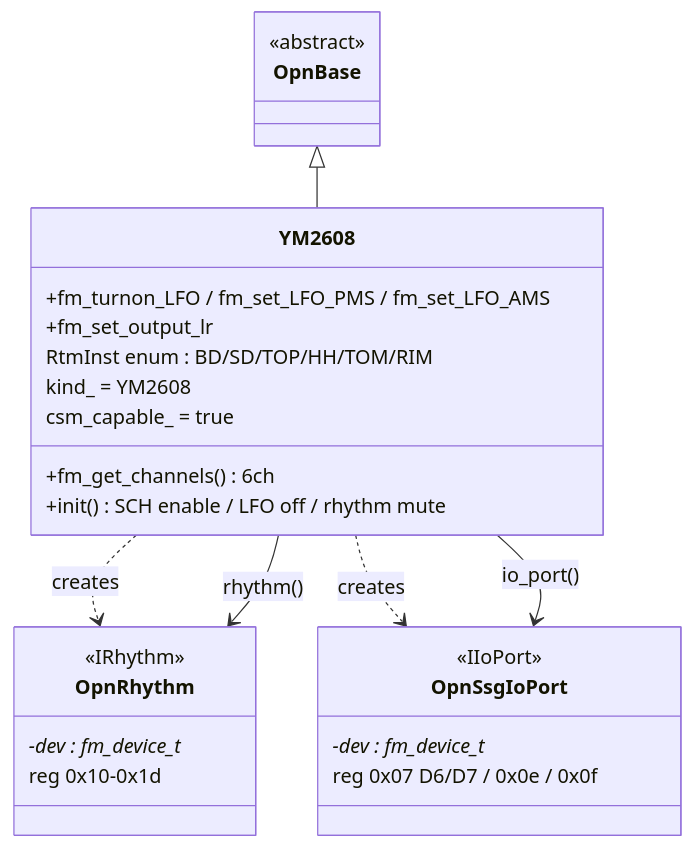
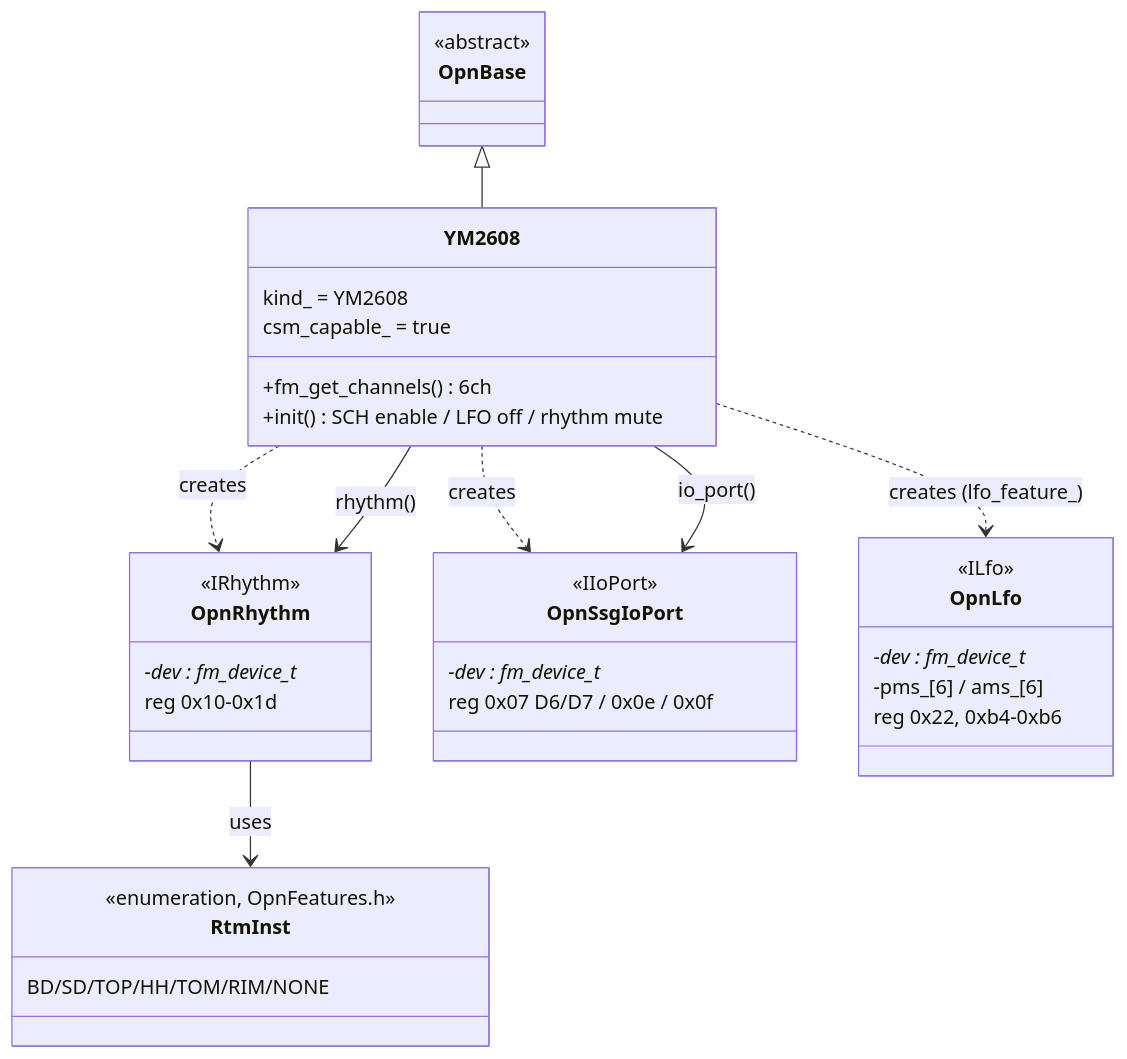
Before and after one commit to 46nori/FMSynthEnsembleV3: the third of 5 diagrams in doc/domain/domain_drivers.md, drawn with Mermaid. The commit also changed other lines of this file and 42 other files, not shown here.

````diff
--- a/doc/domain/domain_drivers.md
+++ b/doc/domain/domain_drivers.md
@@ -96,34 +106,45 @@
 ```mermaid
 classDiagram
     class OpnBase {
         <<abstract>>
     }
 
     class YM2608 {
         +fm_get_channels() 6ch
         +init() SCH enable / LFO off / rhythm mute
-        +fm_turnon_LFO / fm_set_LFO_PMS / fm_set_LFO_AMS
-        +fm_set_output_lr
-        RtmInst enum : BD/SD/TOP/HH/TOM/RIM
         kind_ = YM2608
         csm_capable_ = true
+    }
+
+    class RtmInst {
+        <<enumeration, OpnFeatures.h>>
+        BD/SD/TOP/HH/TOM/RIM/NONE
     }
 
     class OpnRhythm {
         <<IRhythm>>
         -dev : fm_device_t*
         reg 0x10-0x1d
     }
 
     class OpnSsgIoPort {
         <<IIoPort>>
         -dev : fm_device_t*
         reg 0x07 D6/D7 / 0x0e / 0x0f
     }
 
+    class OpnLfo {
+        <<ILfo>>
+        -dev : fm_device_t*
+        -pms_[6] / ams_[6]
+        reg 0x22, 0xb4-0xb6
+    }
+
     OpnBase <|-- YM2608
     YM2608 ..> OpnRhythm : creates
     YM2608 ..> OpnSsgIoPort : creates
+    YM2608 ..> OpnLfo : creates (lfo_feature_)
     YM2608 --> OpnRhythm : rhythm()
     YM2608 --> OpnSsgIoPort : io_port()
+    OpnRhythm --> RtmInst : uses
 ```
````
